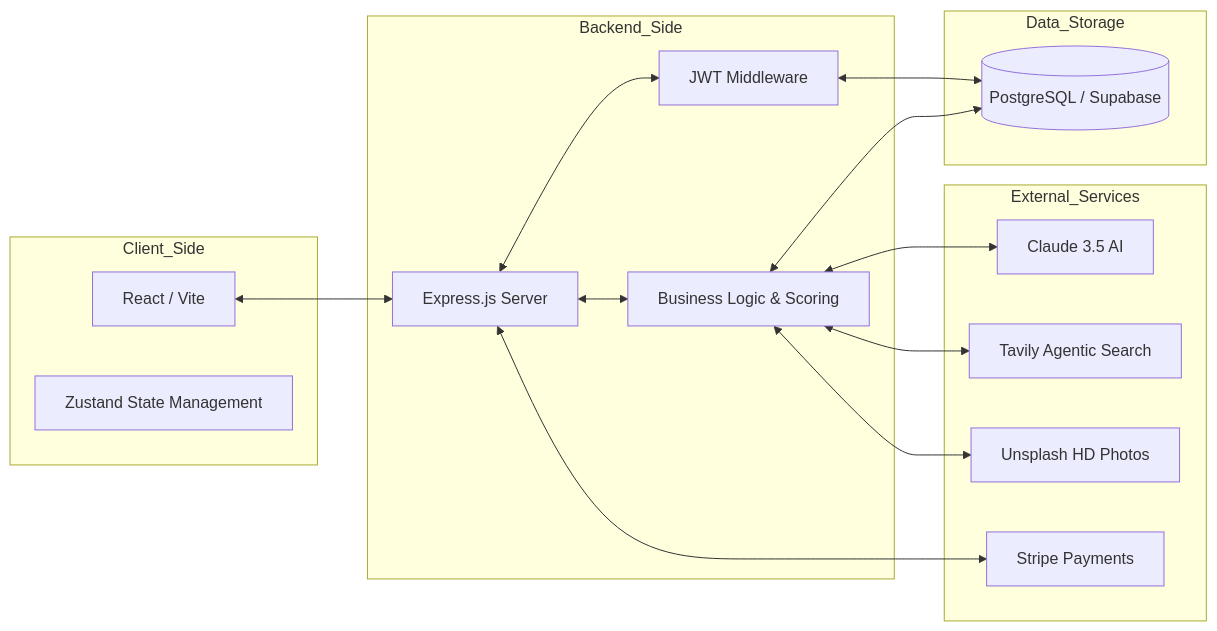
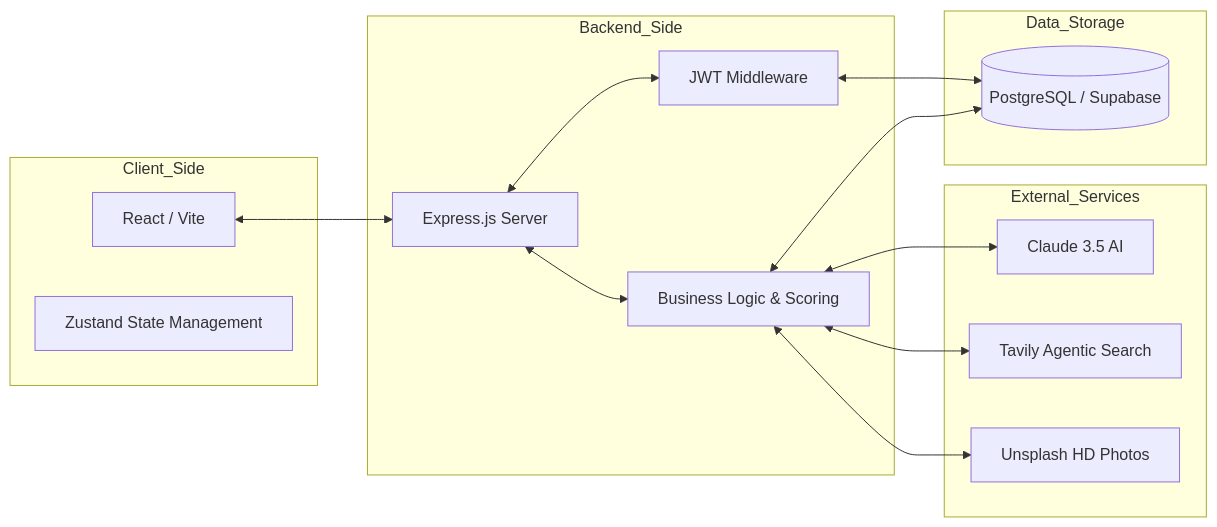
The first of 3 diagrams in docs/PORTFOLIO_TECH_DOC.md (loties1533/tripgenie), drawn with Mermaid before and after one commit. The commit also changed other lines of this file, not shown here.

Commit message:
docs: finalized clean version of technical documentation (removed stripe for portfolio simplification)

````diff
--- a/docs/PORTFOLIO_TECH_DOC.md
+++ b/docs/PORTFOLIO_TECH_DOC.md
@@ -23,34 +23,32 @@
 ```mermaid
 graph LR
     subgraph Client_Side
         React[React / Vite]
         Zustand[Zustand State Management]
     end
 
     subgraph Backend_Side
         Express[Express.js Server]
         Auth[JWT Middleware]
         Logic[Business Logic & Scoring]
     end
 
     subgraph External_Services
         Claude[Claude 3.5 AI]
         Tavily[Tavily Agentic Search]
         Unsplash[Unsplash HD Photos]
-        Stripe[Stripe Payments]
     end
 
     subgraph Data_Storage
         Supabase[(PostgreSQL / Supabase)]
     end
 
     React <--> Express
     Express <--> Auth
     Express <--> Logic
     Logic <--> Claude
     Logic <--> Tavily
     Logic <--> Unsplash
-    Express <--> Stripe
     Auth <--> Supabase
     Logic <--> Supabase
 ```
````
